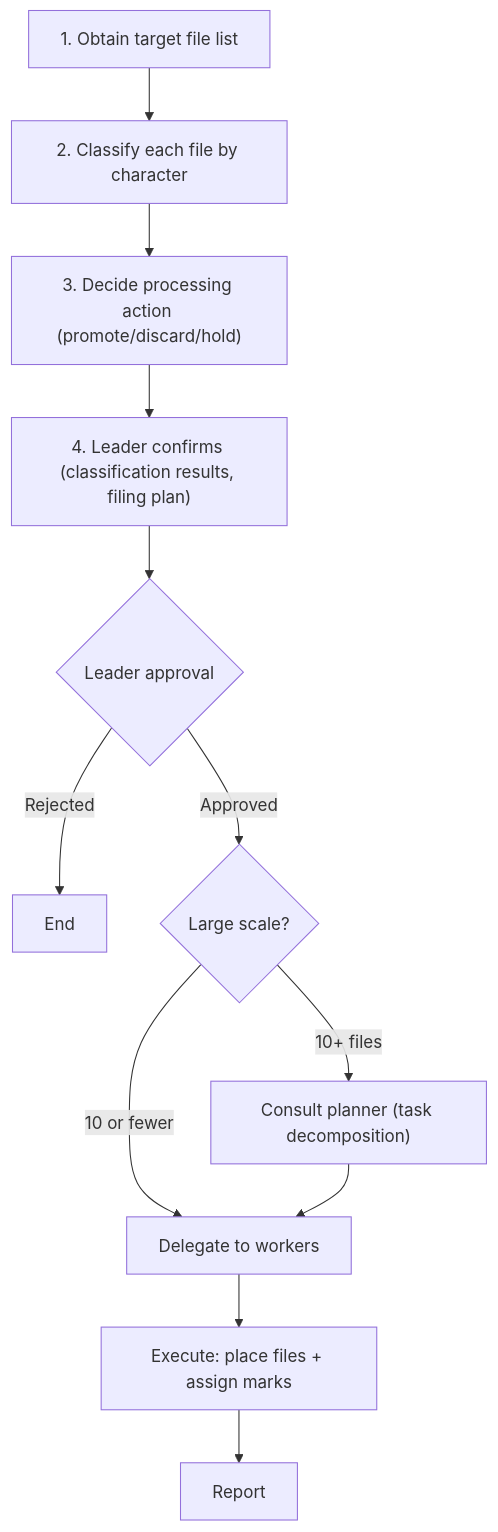
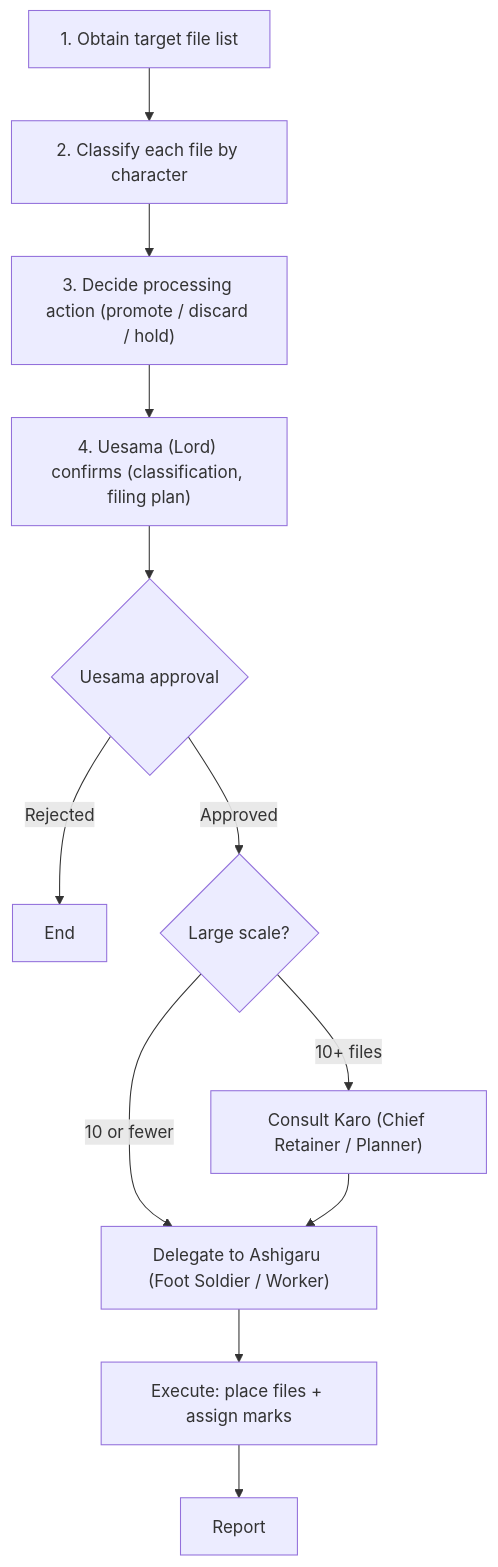
Before and after one commit to t-hasuike/CLysis: the diagram in legacy-knowledge/skills/doc-organize/SKILL.md, drawn with Mermaid. The commit also changed other lines of this file and 7 other files, not shown here.

````diff
--- a/legacy-knowledge/skills/doc-organize/SKILL.md
+++ b/legacy-knowledge/skills/doc-organize/SKILL.md
@@ -223,14 +223,14 @@
 ```mermaid
 flowchart TD
     A["1. Obtain target file list"] --> B["2. Classify each file by character"]
-    B --> C["3. Decide processing action (promote/discard/hold)"]
-    C --> D["4. Leader confirms (classification results, filing plan)"]
-    D --> E{Leader approval}
+    B --> C["3. Decide processing action (promote / discard / hold)"]
+    C --> D["4. Uesama (Lord) confirms (classification, filing plan)"]
+    D --> E{Uesama approval}
     E -->|Rejected| F["End"]
     E -->|Approved| G{Large scale?}
-    G -->|10+ files| H["Consult planner (task decomposition)"]
-    G -->|10 or fewer| I["Delegate to workers"]
+    G -->|10+ files| H["Consult Karo (Chief Retainer / Planner)"]
+    G -->|10 or fewer| I["Delegate to Ashigaru (Foot Soldier / Worker)"]
     H --> I
     I --> J["Execute: place files + assign marks"]
     J --> K["Report"]
 ```
````
